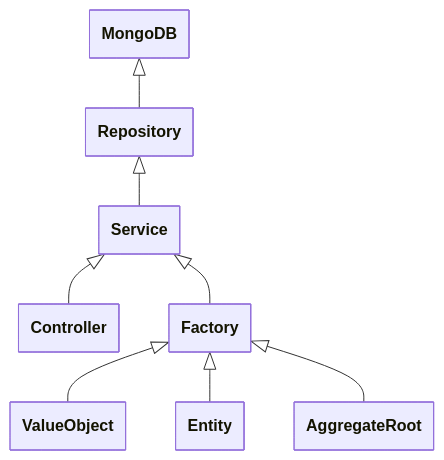
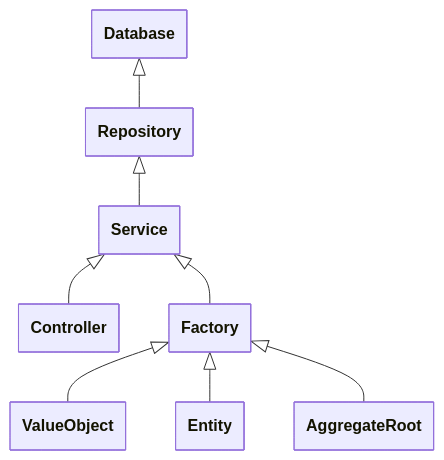
One commit to AndreaB2000/ASW-project changed the diagram in docs/uml/architecture.md. Above: the diagram before and after it, drawn with Mermaid.

Commit message:
docs(uml): change mongo db to database

````diff
--- a/docs/uml/architecture.md
+++ b/docs/uml/architecture.md
@@ -3,25 +3,25 @@
 ```mermaid
 ---
 config:
     class:
         hideEmptyMembersBox: true
 ---
 
 classDiagram
-    class MongoDB
+    class Database
     class Repository
     class Service
     class Controller
     class Factory
     class ValueObject
     class Entity
     class AggregateRoot
 
-    MongoDB <|-- Repository
+    Database <|-- Repository
     Repository <|-- Service
     Service <|-- Controller
     Service <|-- Factory
     Factory <|-- ValueObject
     Factory <|-- Entity
     Factory <|-- AggregateRoot
 ```
````
